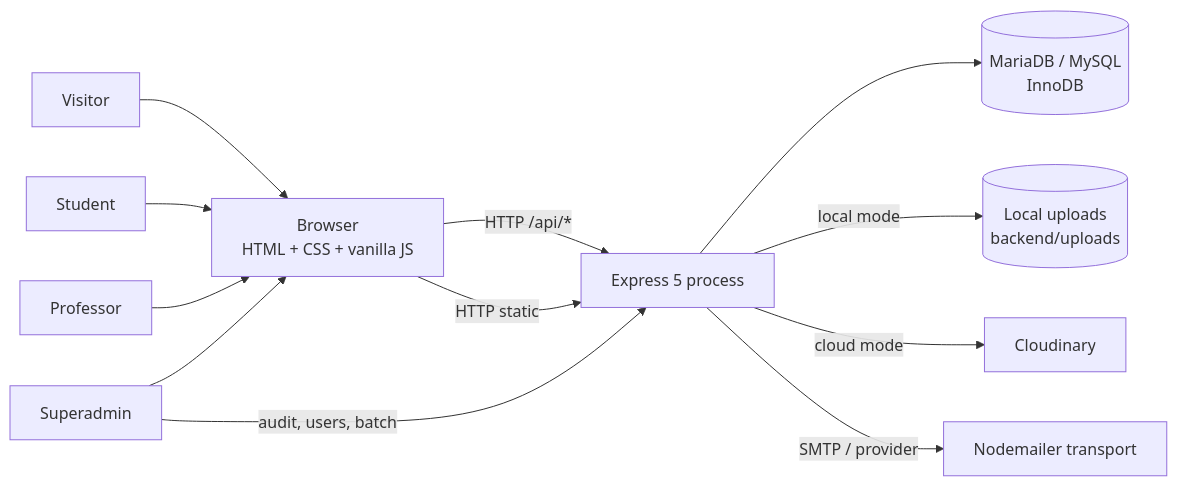
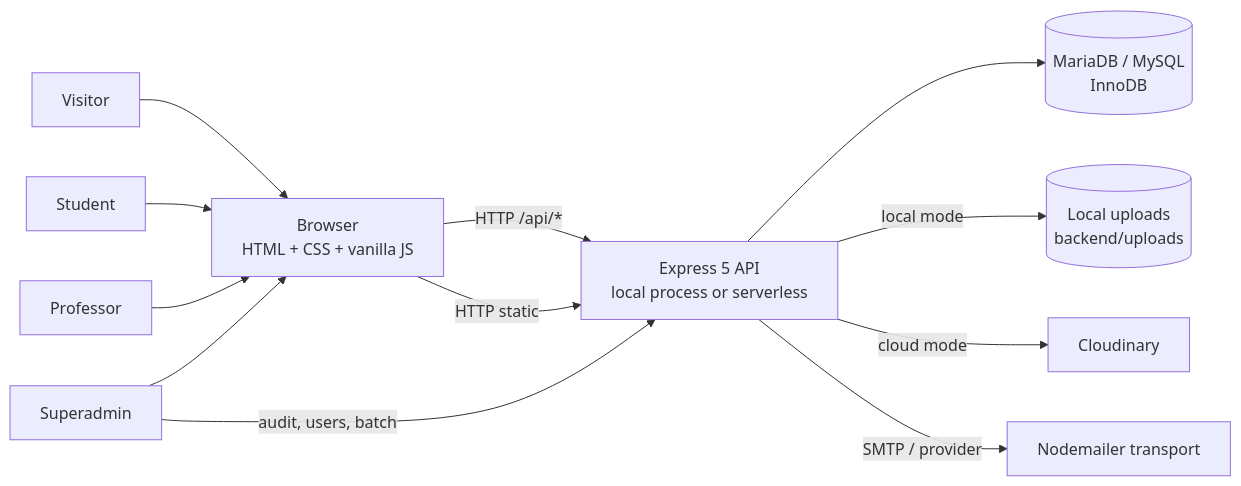
One commit to Br1-O/Bibliotech changed the first of 11 diagrams in docs/architecture.md. Above: the diagram before and after it, drawn with Mermaid. The commit also changed other lines of this file and 70 other files, not shown here.

````diff
--- a/docs/architecture.md
+++ b/docs/architecture.md
@@ -38,16 +38,16 @@
 ```mermaid
 flowchart LR
     Visitor["Visitor"] --> Browser["Browser<br/>HTML + CSS + vanilla JS"]
     Student["Student"] --> Browser
     Professor["Professor"] --> Browser
     Admin["Superadmin"] --> Browser
 
-    Browser -->|"HTTP /api/*"| Express["Express 5 process"]
+    Browser -->|"HTTP /api/*"| Express["Express 5 API<br/>local process or serverless"]
     Browser -->|"HTTP static"| Express
     Express --> MariaDB[("MariaDB / MySQL<br/>InnoDB")]
     Express -->|"local mode"| Disk[("Local uploads<br/>backend/uploads")]
     Express -->|"cloud mode"| Cloudinary["Cloudinary"]
     Express -->|"SMTP / provider"| Mail["Nodemailer transport"]
 
     Admin -->|"audit, users, batch"| Express
 ```
````
